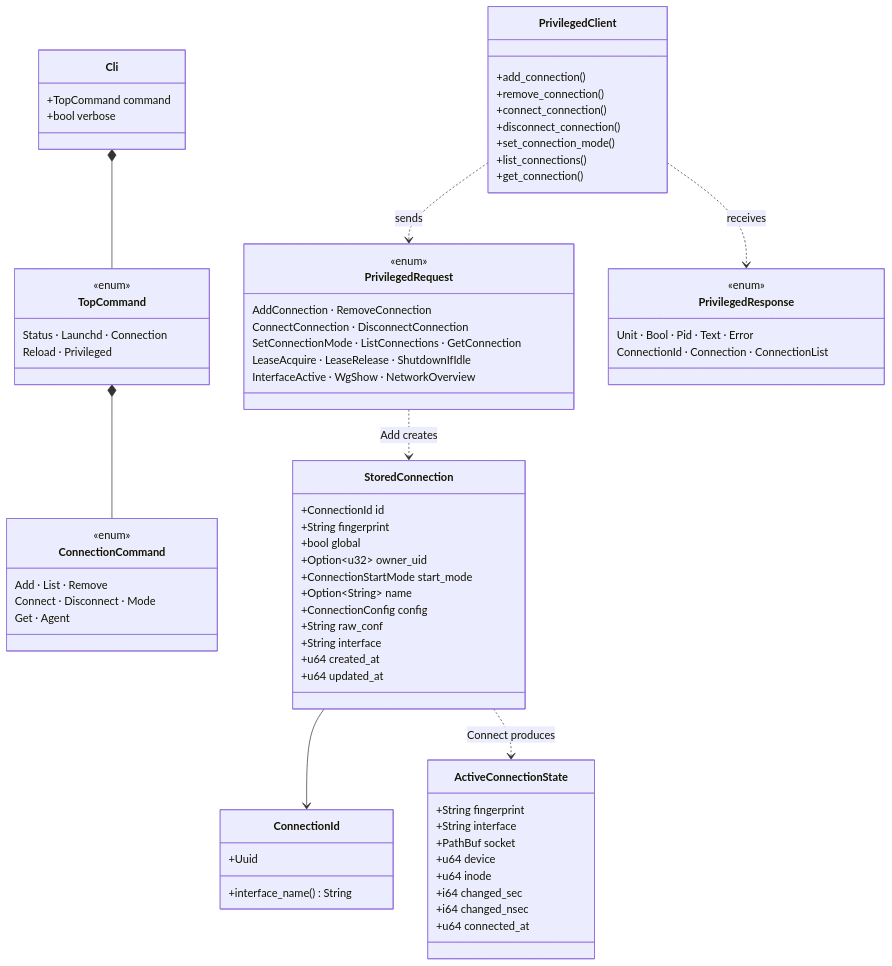
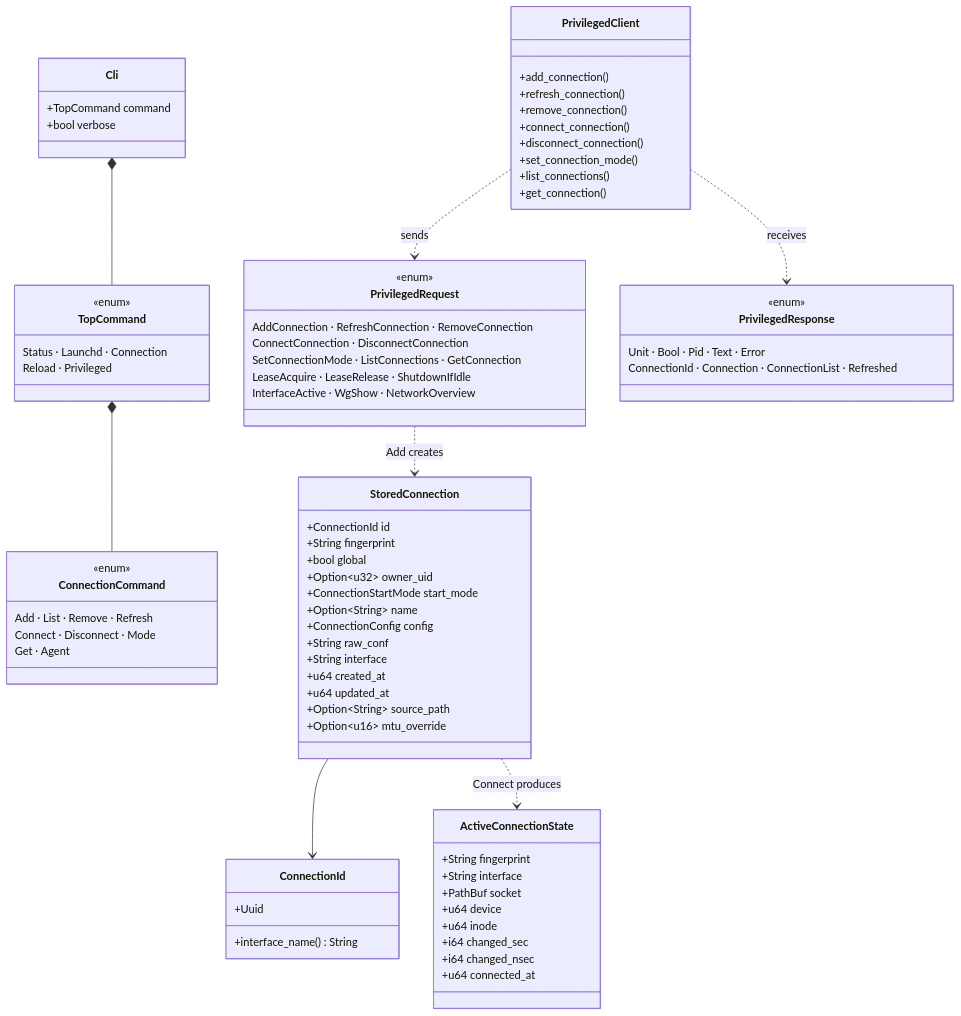
Before and after one commit to pansen/macos-wireguard-daemon: the second of 11 diagrams in doc/architecture.md, drawn with Mermaid. The commit also changed other lines of this file and 13 other files, not shown here.

First line of the commit message:
Add `wgd connection refresh` command

````diff
--- a/doc/architecture.md
+++ b/doc/architecture.md
@@ -63,75 +63,78 @@
 ```mermaid
 classDiagram
     class Cli {
         +TopCommand command
         +bool verbose
     }
     class TopCommand {
         <<enum>>
         Status · Launchd · Connection
         Reload · Privileged
     }
     class ConnectionCommand {
         <<enum>>
-        Add · List · Remove
+        Add · List · Remove · Refresh
         Connect · Disconnect · Mode
         Get · Agent
     }
     class ConnectionId {
         +Uuid
         +interface_name() String
     }
     class StoredConnection {
         +ConnectionId id
         +String fingerprint
         +bool global
         +Option~u32~ owner_uid
         +ConnectionStartMode start_mode
         +Option~String~ name
         +ConnectionConfig config
         +String raw_conf
         +String interface
         +u64 created_at
         +u64 updated_at
+        +Option~String~ source_path
+        +Option~u16~ mtu_override
     }
     class ActiveConnectionState {
         +String fingerprint
         +String interface
         +PathBuf socket
         +u64 device
         +u64 inode
         +i64 changed_sec
         +i64 changed_nsec
         +u64 connected_at
     }
     class PrivilegedClient {
         +add_connection()
+        +refresh_connection()
         +remove_connection()
         +connect_connection()
         +disconnect_connection()
         +set_connection_mode()
         +list_connections()
         +get_connection()
     }
     class PrivilegedRequest {
         <<enum>>
-        AddConnection · RemoveConnection
+        AddConnection · RefreshConnection · RemoveConnection
         ConnectConnection · DisconnectConnection
         SetConnectionMode · ListConnections · GetConnection
         LeaseAcquire · LeaseRelease · ShutdownIfIdle
         InterfaceActive · WgShow · NetworkOverview
     }
     class PrivilegedResponse {
         <<enum>>
         Unit · Bool · Pid · Text · Error
-        ConnectionId · Connection · ConnectionList
+        ConnectionId · Connection · ConnectionList · Refreshed
     }
 
     Cli *-- TopCommand
     TopCommand *-- ConnectionCommand
     StoredConnection --> ConnectionId
     PrivilegedClient ..> PrivilegedRequest : sends
     PrivilegedClient ..> PrivilegedResponse : receives
     PrivilegedRequest ..> StoredConnection : Add creates
     StoredConnection ..> ActiveConnectionState : Connect produces
 ```
````
